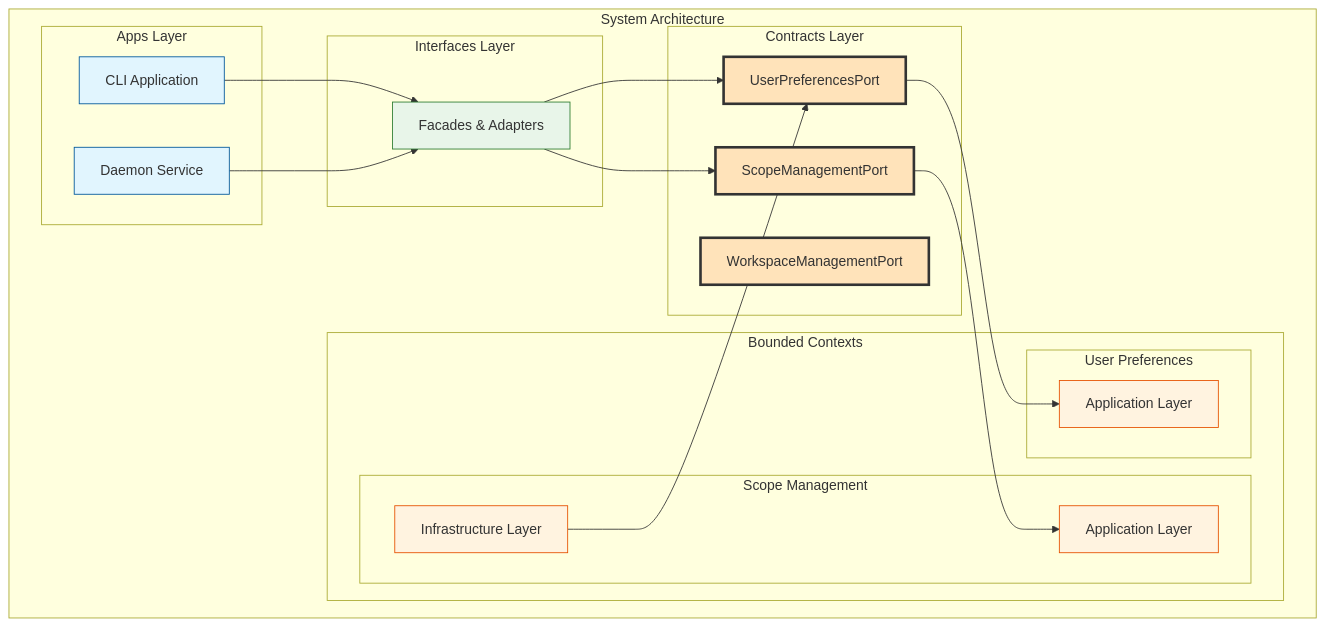
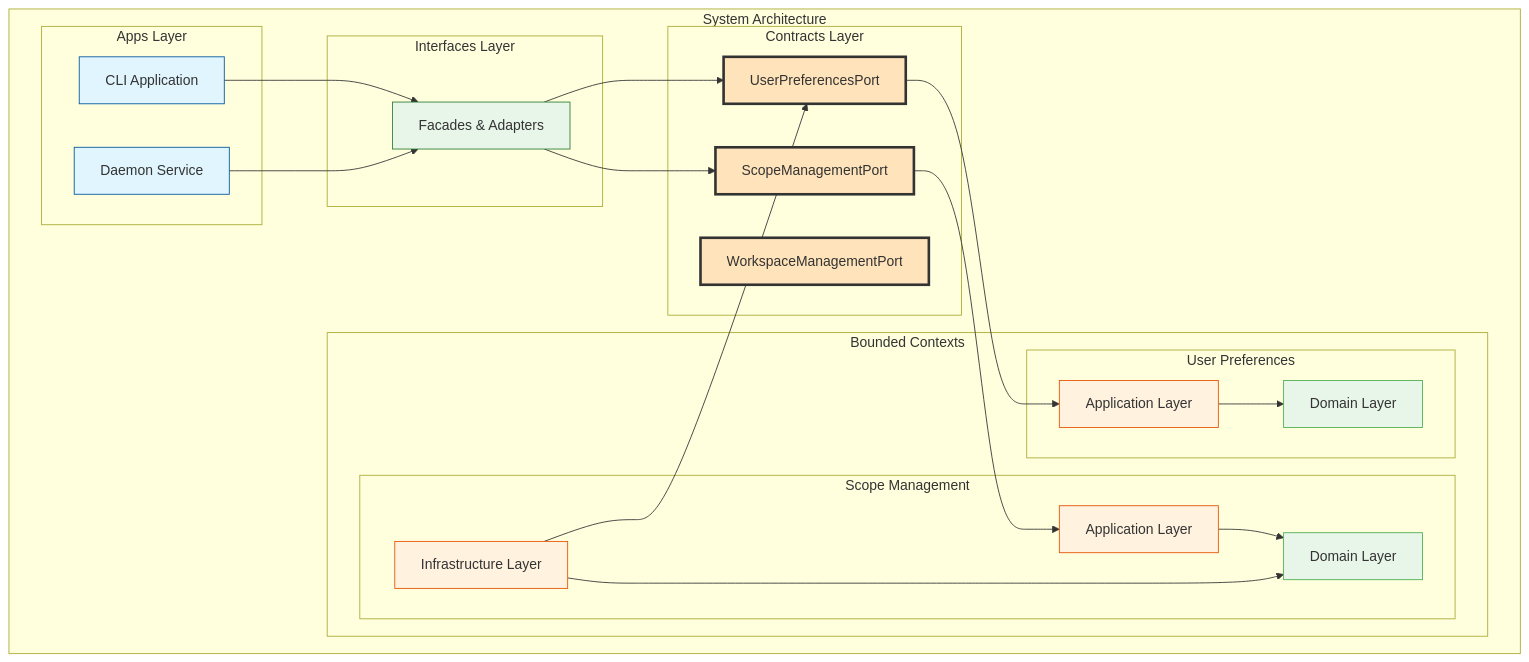
Before and after one commit to kamiazya/scopes: the second of 10 diagrams in docs/explanation/contracts.md, drawn with Mermaid. The commit also changed 14 other files, not shown here.

````diff
--- a/docs/explanation/contracts.md
+++ b/docs/explanation/contracts.md
@@ -49,51 +49,59 @@
 ```mermaid
 graph TB
     subgraph "System Architecture"
         subgraph "Apps Layer"
             CLI[CLI Application]
             DAEMON[Daemon Service]
         end
 
         subgraph "Interfaces Layer"
             FACADE[Facades & Adapters]
         end
 
         subgraph "Contracts Layer"
             SMP[ScopeManagementPort]
             UPP[UserPreferencesPort]
             WMP[WorkspaceManagementPort]
         end
 
         subgraph "Bounded Contexts"
             subgraph "Scope Management"
                 SM_APP[Application Layer]
+                SM_DOM[Domain Layer]
                 SM_INFRA[Infrastructure Layer]
             end
 
             subgraph "User Preferences"
                 UP_APP[Application Layer]
+                UP_DOM[Domain Layer]
             end
         end
     end
 
     CLI --> FACADE
     DAEMON --> FACADE
 
     FACADE --> SMP
     FACADE --> UPP
 
     SMP --> SM_APP
     UPP --> UP_APP
 
+    SM_APP --> SM_DOM
+    SM_INFRA --> SM_DOM
+    UP_APP --> UP_DOM
+
     SM_INFRA --> UPP
 
     classDef contracts fill:#ffe3ba,stroke:#333,stroke-width:3px
     classDef app fill:#e1f5fe,stroke:#01579b
     classDef interface fill:#e8f5e9,stroke:#2e7d32
     classDef context fill:#fff3e0,stroke:#e65100
+    classDef domain fill:#e8f5e9,stroke:#4caf50
 
     class SMP,UPP,WMP contracts
     class CLI,DAEMON app
     class FACADE interface
     class SM_APP,SM_INFRA,UP_APP context
+    class SM_DOM,UP_DOM domain
 ```
````
